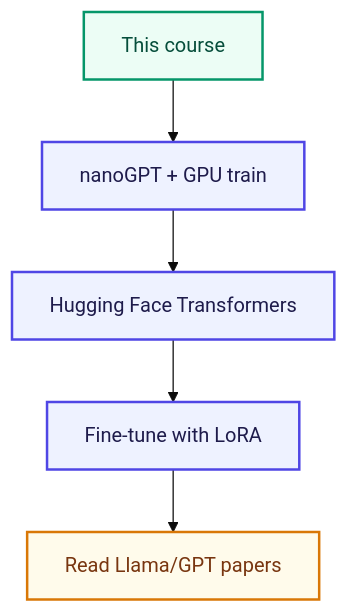
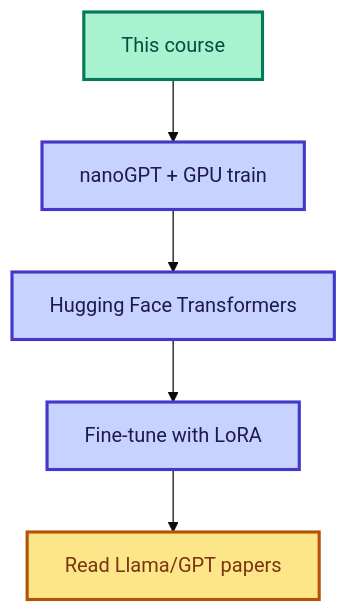
The third of 3 diagrams in content/docs/part-10-bridge/02-whats-next.mdx (bhNibir/build-own-llm), drawn with Mermaid (base theme) before and after one commit. The commit also changed other lines of this file and 22 other files, not shown here.

First line of the commit message:
Refactor Mermaid and diagram styles for improved readability and consistency

````diff
--- a/content/docs/part-10-bridge/02-whats-next.mdx
+++ b/content/docs/part-10-bridge/02-whats-next.mdx
@@ -80,10 +80,10 @@
 ```mermaid
 flowchart TD
     A["This course"]:::process --> B["nanoGPT + GPU train"]:::next
     B --> C["Hugging Face Transformers"]:::next
     C --> D["Fine-tune with LoRA"]:::next
     D --> E["Read Llama/GPT papers"]:::output
-    classDef process fill:#ECFDF5,color:#064E3B,stroke:#059669,stroke-width:2px
-    classDef next fill:#EEF2FF,color:#1E1B4B,stroke:#4F46E5,stroke-width:2px
-    classDef output fill:#FFFBEB,color:#78350F,stroke:#D97706,stroke-width:2px
+    classDef process fill:#A7F3D0,color:#064E3B,stroke:#047857,stroke-width:2.5px
+    classDef next fill:#C7D2FE,color:#1E1B4B,stroke:#4338CA,stroke-width:2.5px
+    classDef output fill:#FDE68A,color:#78350F,stroke:#B45309,stroke-width:2.5px
 ```
````
